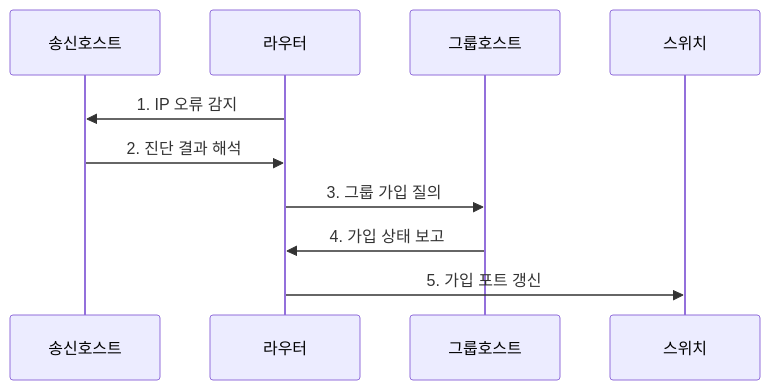
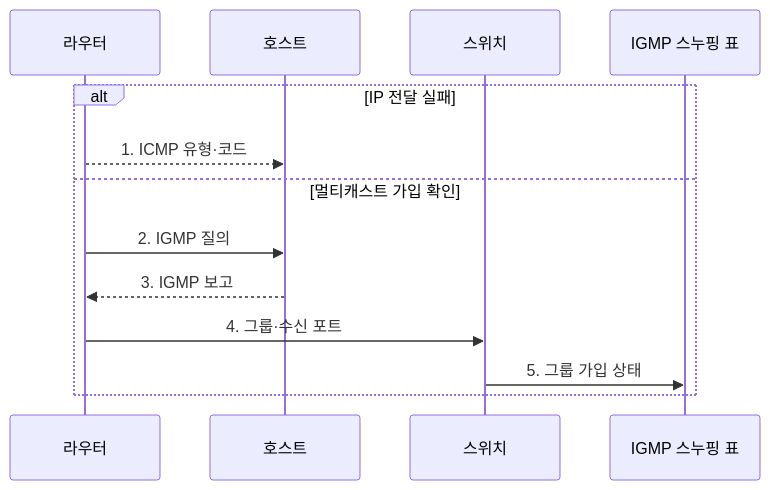
One commit to agnusdei1207/knowledge-base changed the second of 2 diagrams in src/content/docs/notes/04-network/014_icmp_igmp.md. Above: the diagram before and after it, drawn with Mermaid. The commit also changed other lines of this file and 20 other files, not shown here.

````diff
--- a/src/content/docs/notes/04-network/014_icmp_igmp.md
+++ b/src/content/docs/notes/04-network/014_icmp_igmp.md
@@ -89,12 +86,15 @@
 ```mermaid
 sequenceDiagram
-    participant 송신호스트
-    participant 라우터
-    participant 그룹호스트
-    participant 스위치
-    라우터->>송신호스트: 1. IP 오류 감지
-    송신호스트->>라우터: 2. 진단 결과 해석
-    라우터->>그룹호스트: 3. 그룹 가입 질의
-    그룹호스트->>라우터: 4. 가입 상태 보고
-    라우터->>스위치: 5. 가입 포트 갱신
+    participant R as 라우터
+    participant H as 호스트
+    participant S as 스위치
+    participant T as IGMP 스누핑 표
+    alt IP 전달 실패
+        R-->>H: 1. ICMP 유형·코드
+    else 멀티캐스트 가입 확인
+        R->>H: 2. IGMP 질의
+        H-->>R: 3. IGMP 보고
+        R->>S: 4. 그룹·수신 포트
+        S->>T: 5. 그룹 가입 상태
+    end
 ```
````
